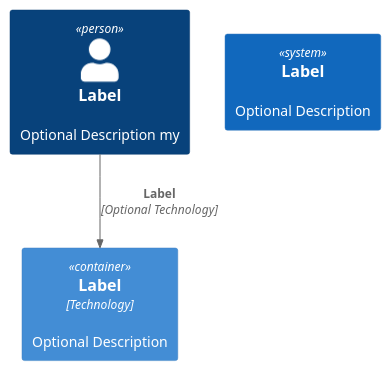
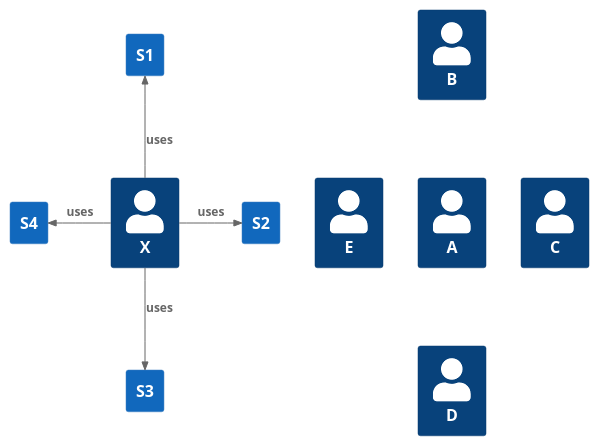
One commit to jeissing/gigalixirdeploy changed the diagram in diagrams/container.puml. Above: the diagram before and after it, drawn with PlantUML. The commit also changed 8 other files, not shown here.

```diff
--- a/diagrams/container.puml
+++ b/diagrams/container.puml
@@ -1,9 +1,26 @@
-@startuml C4_Elements
-!include diagrams/c4templtes/C4_Container.puml
+@startuml
+!include https://raw.githubusercontent.com/plantuml-stdlib/C4-PlantUML/master/C4_Container.puml
+HIDE_STEREOTYPE()
 
-Person(personAlias, "Label", "Optional Description my")
-Container(containerAlias, "Label", "Technology", "Optional Description")
-System(systemAlias, "Label", "Optional Description")
+Person(a, "A")
+Person(b, "B")
+Person(c, "C")
+Person(d, "D")
+Person(e, "E")
 
-Rel(personAlias, containerAlias, "Label", "Optional Technology")
+Lay_U(a, b)
+Lay_R(a, c)
+Lay_D(a, d)
+Lay_L(a, e)
+
+Person(x, "X")
+System(s1, "S1")
+System(s2, "S2")
+System(s3, "S3")
+System(s4, "S4")
+
+Rel_U(x, s1, "uses")
+Rel_R(x, s2, "uses")
+Rel_D(x, s3, "uses")
+Rel_L(x, s4, "uses")
 @enduml
```
